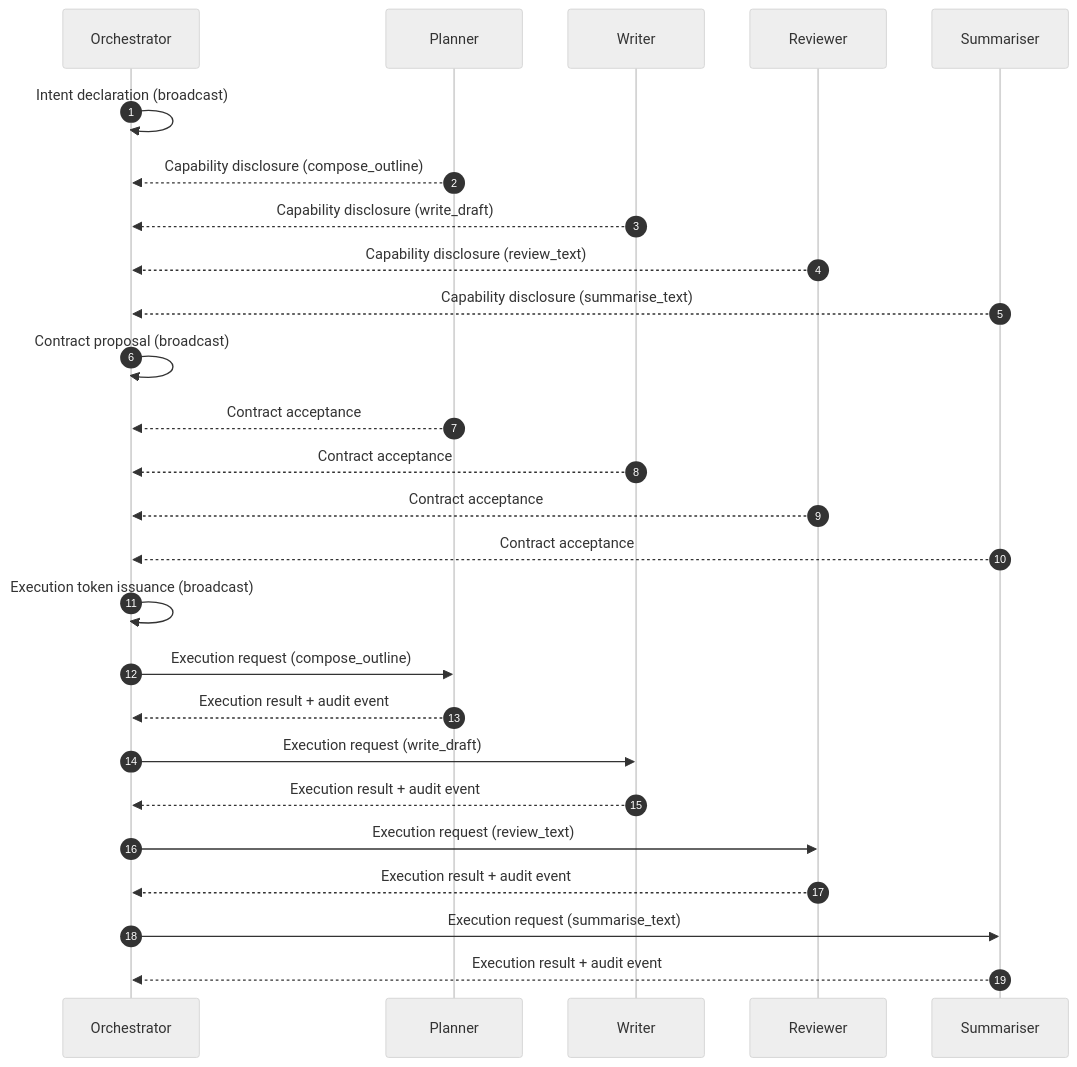
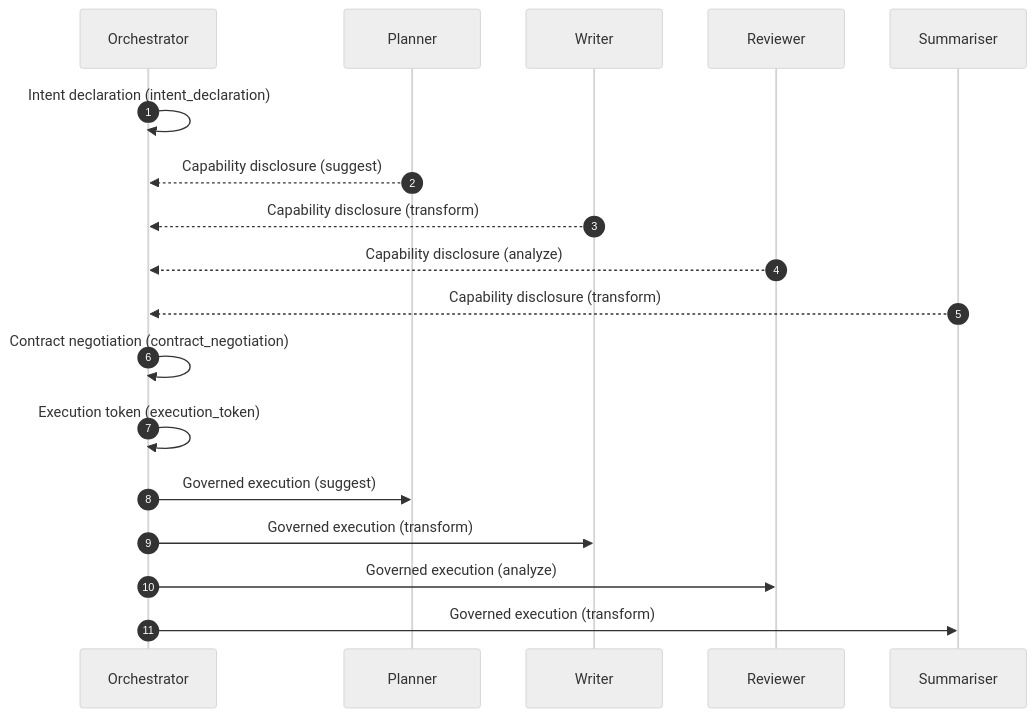
Before and after one commit to emmett08/ICNP_spec_schemas_ref_impl: the first of 2 diagrams in reference-implementation/README.md, drawn with Mermaid (neutral theme). The commit also changed other lines of this file and 30 other files, not shown here.

Commit message:
Align ICNP docs, schemas, and demos with canonical spec

````diff
--- a/reference-implementation/README.md
+++ b/reference-implementation/README.md
@@ -23,35 +25,23 @@
 ```mermaid
 sequenceDiagram
     autonumber
     participant O as Orchestrator
     participant P as Planner
     participant W as Writer
     participant R as Reviewer
     participant S as Summariser
 
-    O->>O: Intent declaration (broadcast)
-    P-->>O: Capability disclosure (compose_outline)
-    W-->>O: Capability disclosure (write_draft)
-    R-->>O: Capability disclosure (review_text)
-    S-->>O: Capability disclosure (summarise_text)
+    O->>O: Intent declaration (intent_declaration)
+    P-->>O: Capability disclosure (suggest)
+    W-->>O: Capability disclosure (transform)
+    R-->>O: Capability disclosure (analyze)
+    S-->>O: Capability disclosure (transform)
 
-    O->>O: Contract proposal (broadcast)
-    P-->>O: Contract acceptance
-    W-->>O: Contract acceptance
-    R-->>O: Contract acceptance
-    S-->>O: Contract acceptance
+    O->>O: Contract negotiation (contract_negotiation)
+    O->>O: Execution token (execution_token)
 
-    O->>O: Execution token issuance (broadcast)
-
-    O->>P: Execution request (compose_outline)
-    P-->>O: Execution result + audit event
-
-    O->>W: Execution request (write_draft)
-    W-->>O: Execution result + audit event
-
-    O->>R: Execution request (review_text)
-    R-->>O: Execution result + audit event
-
-    O->>S: Execution request (summarise_text)
-    S-->>O: Execution result + audit event
+    O->>P: Governed execution (suggest)
+    O->>W: Governed execution (transform)
+    O->>R: Governed execution (analyze)
+    O->>S: Governed execution (transform)
 ```
````
